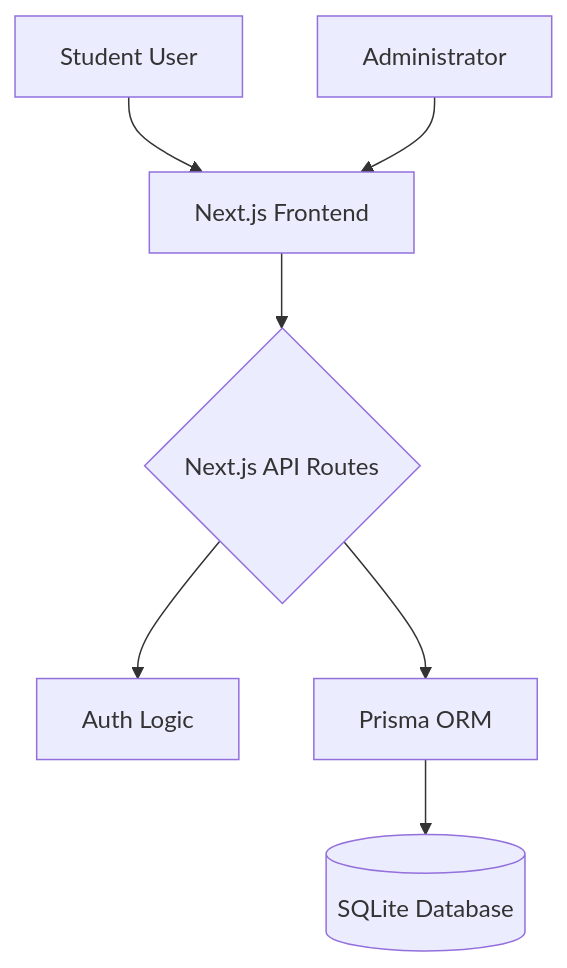
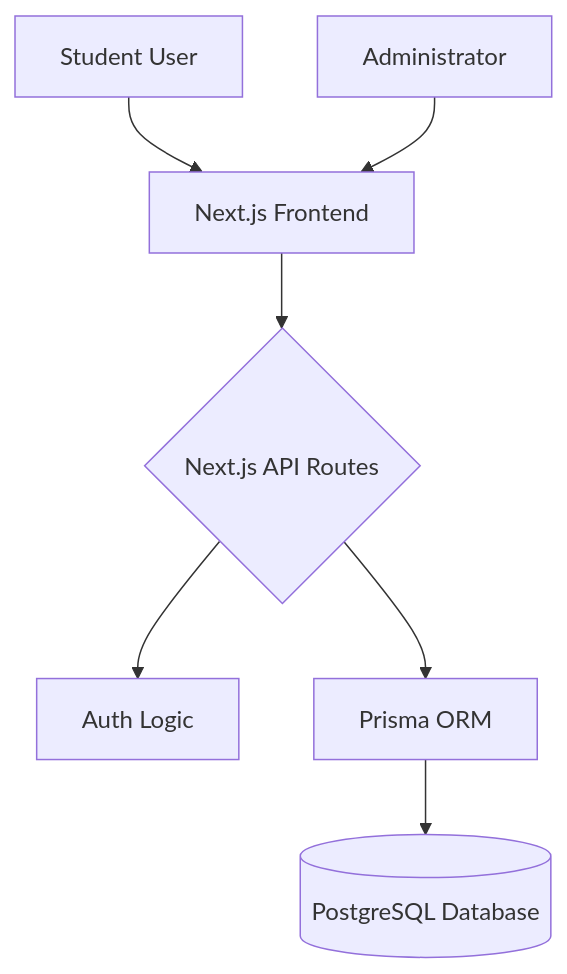
Before and after one commit to Sat-C05/eunoia-prototype: the diagram in README.md, drawn with Mermaid. The commit also changed other lines of this file, not shown here.

Commit message:
docs: update database reference from SQLite to PostgreSQL (Neon)

````diff
--- a/README.md
+++ b/README.md
@@ -96,12 +96,12 @@
 ```mermaid
 graph TD
     User[Student User] --> Client[Next.js Frontend]
     Admin[Administrator] --> Client
     
     Client --> API{Next.js API Routes}
     
     API --> Auth[Auth Logic]
     API --> Prisma[Prisma ORM]
     
-    Prisma --> DB[(SQLite Database)]
+    Prisma --> DB[(PostgreSQL Database)]
 ```
````
